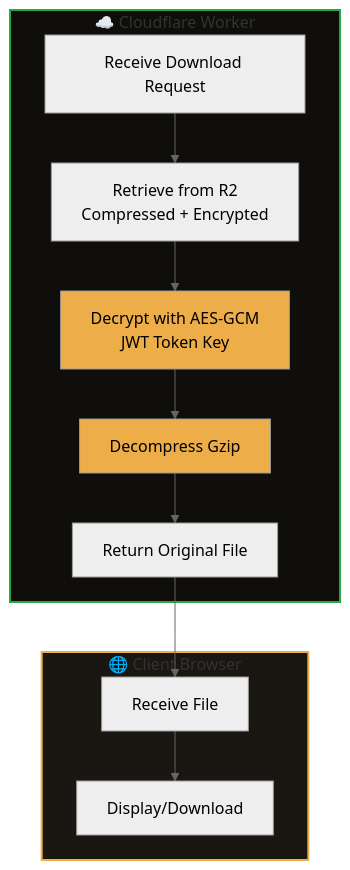
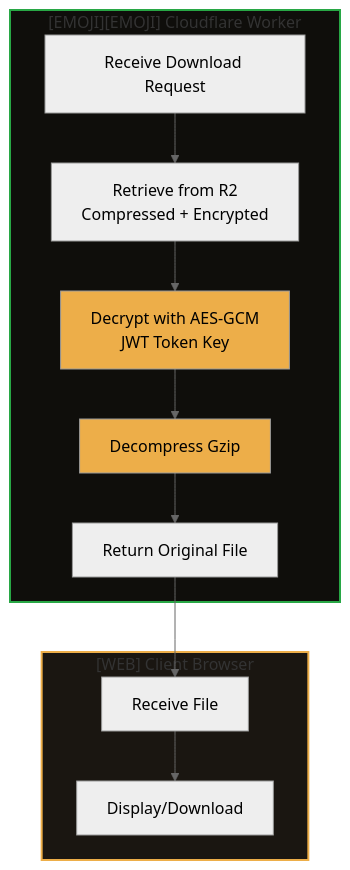
The second of 2 diagrams in serverless/mods-api/README.md (Underwood-Inc/strixun-stream-suite), drawn with Mermaid (neutral theme) before and after one commit. The commit also changed other lines of this file and 488 other files, not shown here.

````diff
--- a/serverless/mods-api/README.md
+++ b/serverless/mods-api/README.md
@@ -50,19 +50,19 @@
 ```mermaid
 flowchart TB
-    subgraph Server["☁️ Cloudflare Worker"]
+    subgraph Server["[EMOJI][EMOJI] Cloudflare Worker"]
         A[Receive Download Request] --> B[Retrieve from R2<br/>Compressed + Encrypted]
         B --> C[Decrypt with AES-GCM<br/>JWT Token Key]
         C --> D[Decompress Gzip]
         D --> E[Return Original File]
     end
     
-    subgraph Client["🌐 Client Browser"]
+    subgraph Client["[WEB] Client Browser"]
         E --> F[Receive File]
         F --> G[Display/Download]
     end
     
     style Server fill:#0f0e0b,stroke:#28a745,stroke-width:2px
     style C fill:#edae49,color:#000
     style D fill:#edae49,color:#000
     style Client fill:#1a1611,stroke:#edae49,stroke-width:2px
 ```
````
